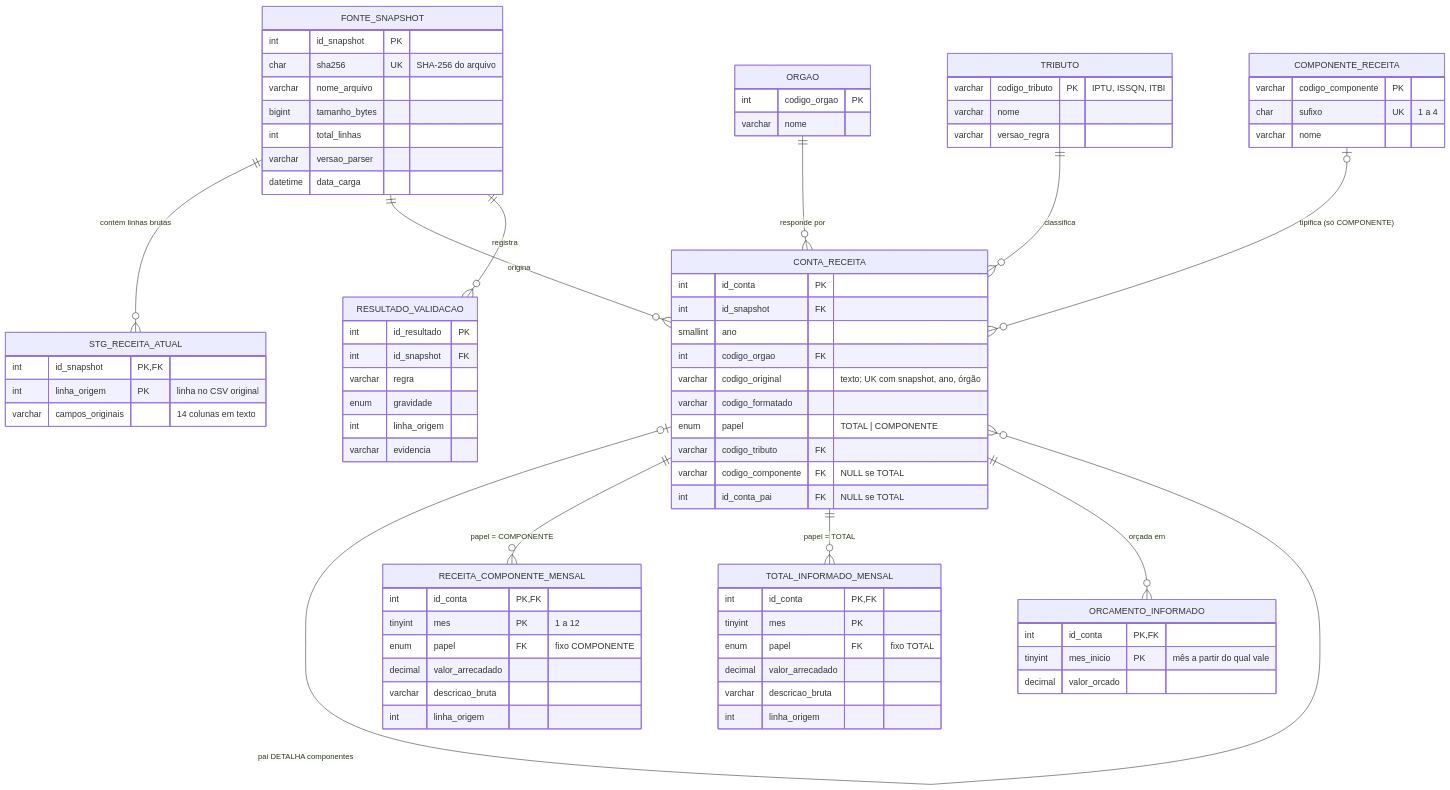
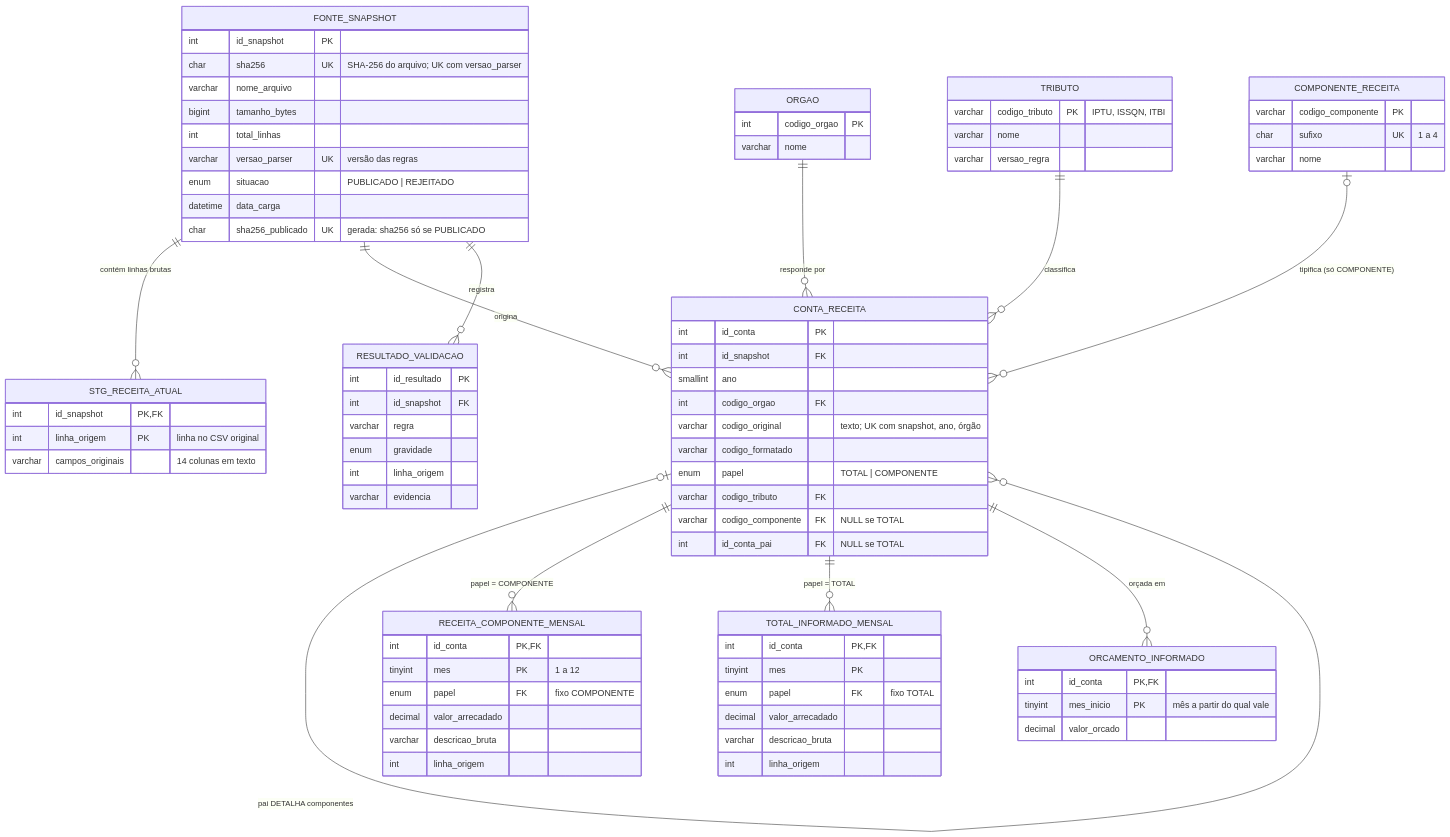
The first of 2 diagrams in docs/modelagem_er.md (guilhermercmoraes-tech/PI2_Sprint2-Grupo-1-UFT), drawn with Mermaid before and after one commit. The commit also changed other lines of this file and 23 other files, not shown here.

```diff
--- a/docs/modelagem_er.md
+++ b/docs/modelagem_er.md
@@ -28,12 +28,14 @@
 
     FONTE_SNAPSHOT {
         int id_snapshot PK
-        char sha256 UK "SHA-256 do arquivo"
+        char sha256 UK "SHA-256 do arquivo; UK com versao_parser"
         varchar nome_arquivo
         bigint tamanho_bytes
         int total_linhas
-        varchar versao_parser
+        varchar versao_parser UK "versão das regras"
+        enum situacao "PUBLICADO | REJEITADO"
         datetime data_carga
+        char sha256_publicado UK "gerada: sha256 só se PUBLICADO"
     }
     STG_RECEITA_ATUAL {
         int id_snapshot PK,FK
```
